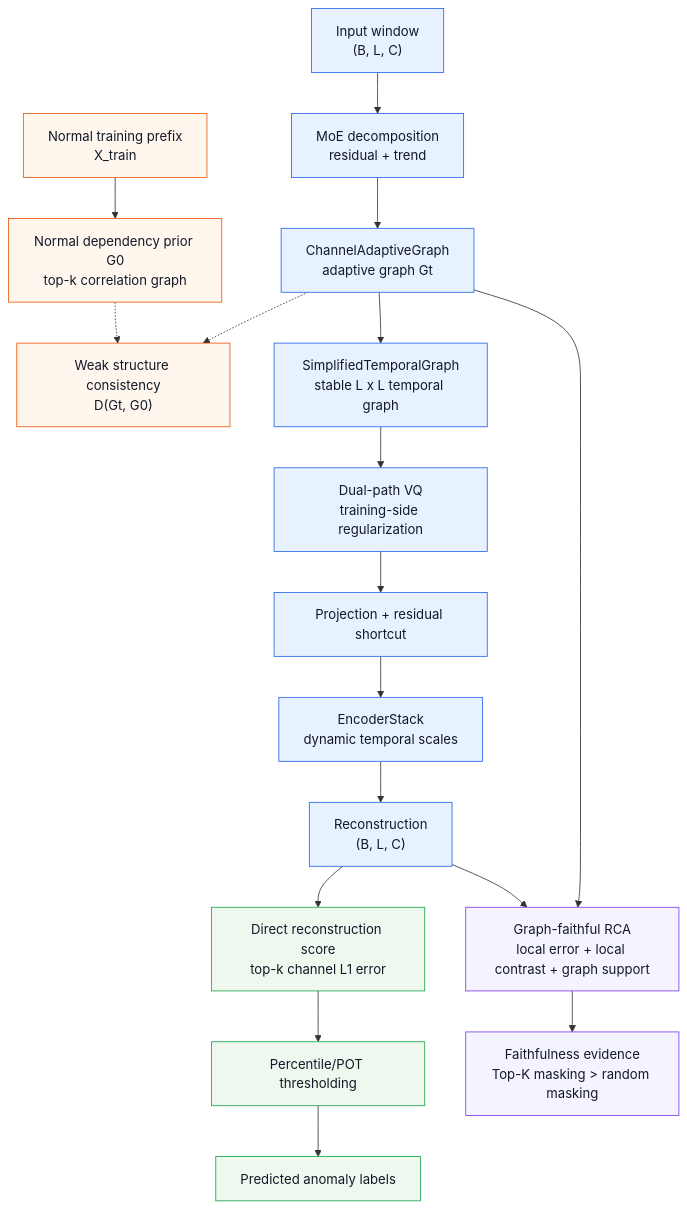
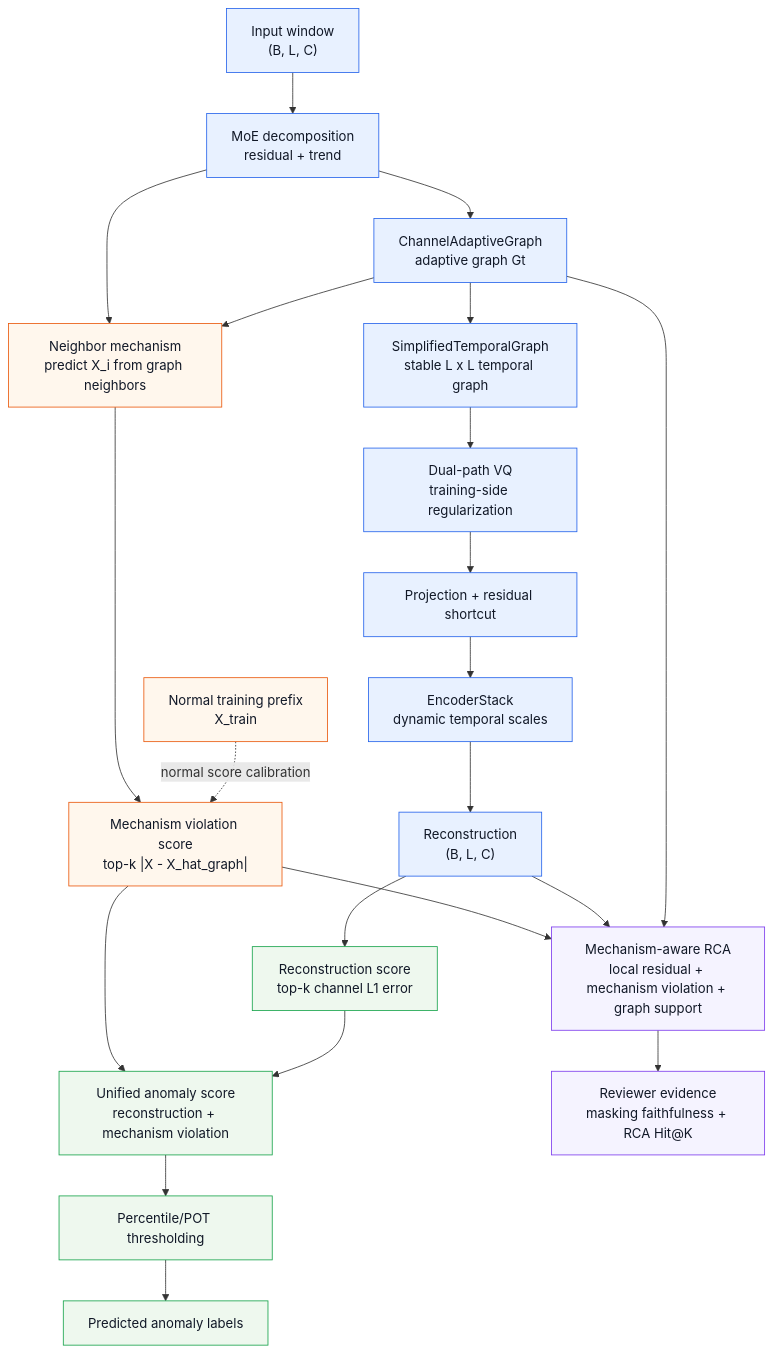
One commit to sunyujie0730-bot/lagraph changed the first of 2 diagrams in docs/ARCHITECTURE.md. Above: the diagram before and after it, drawn with Mermaid. The commit also changed other lines of this file and 5 other files, not shown here.

Commit message:
Add mechanism graph anomaly candidate

````diff
--- a/docs/ARCHITECTURE.md
+++ b/docs/ARCHITECTURE.md
@@ -125,48 +129,53 @@
 ```mermaid
 flowchart TD
-    accTitle: Structure-Consistent LaGraph Architecture
-    accDescr: Current reviewer-facing LaGraph candidate with a normal-state dependency prior, adaptive channel graph, reconstruction anomaly scoring, and graph-faithful RCA from the same learned structure.
+    accTitle: Mechanism-Graph LaGraph Architecture
+    accDescr: Current reviewer-facing LaGraph candidate where the channel graph must model normal inter-variable mechanisms and anomaly scoring combines reconstruction error with mechanism violation.
 
     normal["Normal training prefix<br/>X_train"]
-    prior["Normal dependency prior G0<br/>top-k correlation graph"]
     input["Input window<br/>(B, L, C)"]
     decomp["MoE decomposition<br/>residual + trend"]
     channel["ChannelAdaptiveGraph<br/>adaptive graph Gt"]
-    align["Weak structure consistency<br/>D(Gt, G0)"]
+    mech["Neighbor mechanism<br/>predict X_i from graph neighbors"]
+    mechscore["Mechanism violation score<br/>top-k |X - X_hat_graph|"]
     temporal["SimplifiedTemporalGraph<br/>stable L x L temporal graph"]
     vq["Dual-path VQ<br/>training-side regularization"]
     proj["Projection + residual shortcut"]
     encoder["EncoderStack<br/>dynamic temporal scales"]
     recon["Reconstruction<br/>(B, L, C)"]
-    score["Direct reconstruction score<br/>top-k channel L1 error"]
+    reconscore["Reconstruction score<br/>top-k channel L1 error"]
+    score["Unified anomaly score<br/>reconstruction + mechanism violation"]
     threshold["Percentile/POT thresholding"]
     output["Predicted anomaly labels"]
-    rca["Graph-faithful RCA<br/>local error + local contrast + graph support"]
-    faith["Faithfulness evidence<br/>Top-K masking > random masking"]
+    rca["Mechanism-aware RCA<br/>local residual + mechanism violation + graph support"]
+    faith["Reviewer evidence<br/>masking faithfulness + RCA Hit@K"]
 
-    normal --> prior
     input --> decomp
     decomp --> channel
-    prior -.-> align
-    channel -.-> align
+    normal -.->|"normal score calibration"| mechscore
+    channel --> mech
+    decomp --> mech
+    mech --> mechscore
     channel --> temporal
     temporal --> vq
     vq --> proj
     proj --> encoder
     encoder --> recon
-    recon --> score
+    recon --> reconscore
+    reconscore --> score
+    mechscore --> score
     score --> threshold
     threshold --> output
     channel --> rca
     recon --> rca
+    mechscore --> rca
     rca --> faith
 
     classDef core fill:#e8f1ff,stroke:#2563eb,stroke-width:1px,color:#111827
     classDef score_cls fill:#eef8ee,stroke:#16a34a,stroke-width:1px,color:#111827
-    classDef prior_cls fill:#fff7ed,stroke:#ea580c,stroke-width:1px,color:#111827
+    classDef mech_cls fill:#fff7ed,stroke:#ea580c,stroke-width:1px,color:#111827
     classDef eval_cls fill:#f5f3ff,stroke:#7c3aed,stroke-width:1px,color:#111827
     class input,decomp,channel,temporal,vq,proj,encoder,recon core
-    class score,threshold,output score_cls
-    class normal,prior,align prior_cls
+    class reconscore,score,threshold,output score_cls
+    class normal,mech,mechscore mech_cls
     class rca,faith eval_cls
 ```
````
